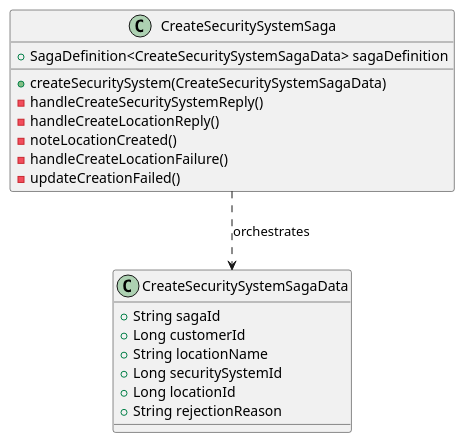
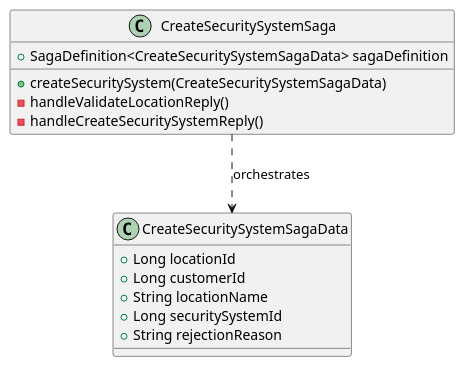
One commit to eventuate-examples/eventuate-examples-realguardio changed the diagram in realguardio-orchestration-service/docs/architecture/subdomains/orchestration.adoc. Above: the diagram before and after it, drawn with PlantUML. The commit also changed other lines of this file and 16 other files, not shown here.

```diff
--- a/realguardio-orchestration-service/docs/architecture/subdomains/orchestration.adoc
+++ b/realguardio-orchestration-service/docs/architecture/subdomains/orchestration.adoc
@@ -7,26 +7,22 @@
 [plantuml]
 ....
 @startuml
 class CreateSecuritySystemSaga {
   +SagaDefinition<CreateSecuritySystemSagaData> sagaDefinition
   +createSecuritySystem(CreateSecuritySystemSagaData)
+  -handleValidateLocationReply()
   -handleCreateSecuritySystemReply()
-  -handleCreateLocationReply()
-  -noteLocationCreated()
-  -handleCreateLocationFailure()
-  -updateCreationFailed()
 }
 
 class CreateSecuritySystemSagaData {
-  +String sagaId
+  +Long locationId
   +Long customerId
   +String locationName
   +Long securitySystemId
-  +Long locationId
   +String rejectionReason
 }
 
 CreateSecuritySystemSaga ..> CreateSecuritySystemSagaData : orchestrates
 
 @enduml
 ....
```
